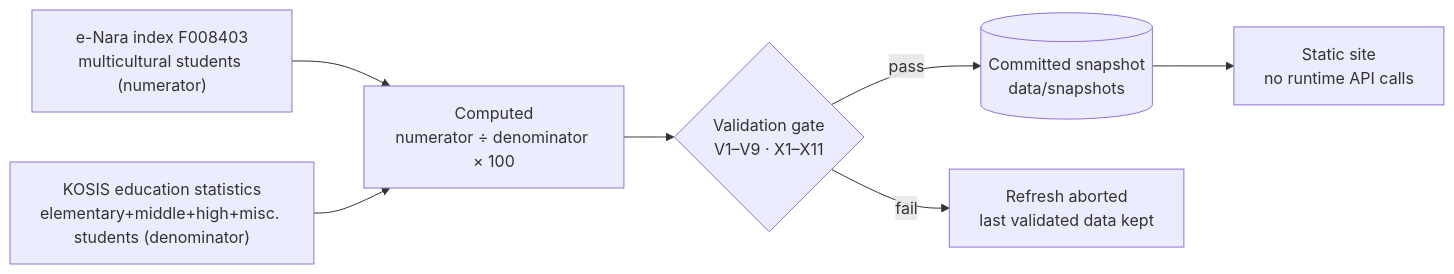
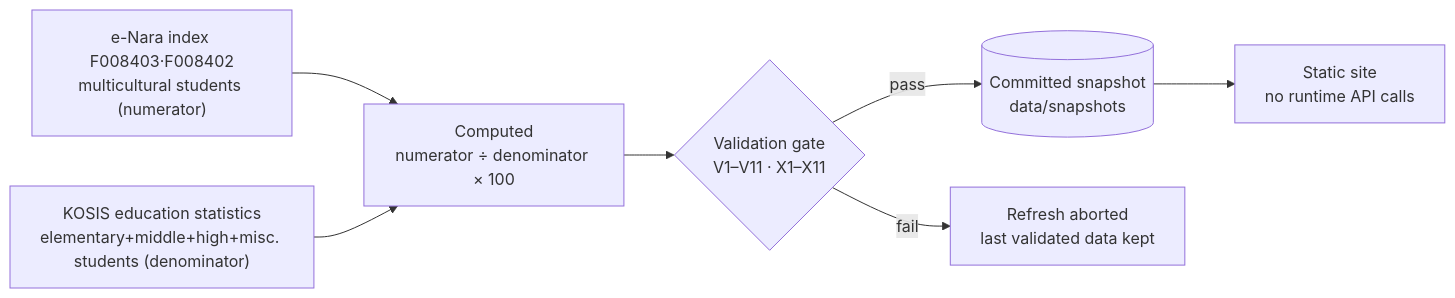
Before and after one commit to taehyeonglim/k-mosaic: the diagram in README.en.md, drawn with Mermaid. The commit also changed other lines of this file and 36 other files, not shown here.

````diff
--- a/README.en.md
+++ b/README.en.md
@@ -40,9 +40,9 @@
 ```mermaid
 flowchart LR
-  A["e-Nara index F008403<br/>multicultural students (numerator)"] --> C
+  A["e-Nara index F008403·F008402<br/>multicultural students (numerator)"] --> C
   B["KOSIS education statistics<br/>elementary+middle+high+misc. students (denominator)"] --> C
-  C["Computed<br/>numerator ÷ denominator × 100"] --> D{"Validation gate<br/>V1–V9 · X1–X11"}
+  C["Computed<br/>numerator ÷ denominator × 100"] --> D{"Validation gate<br/>V1–V11 · X1–X11"}
   D -- pass --> E[("Committed snapshot<br/>data/snapshots")]
   D -- fail --> F["Refresh aborted<br/>last validated data kept"]
   E --> G["Static site<br/>no runtime API calls"]
 ```
````
